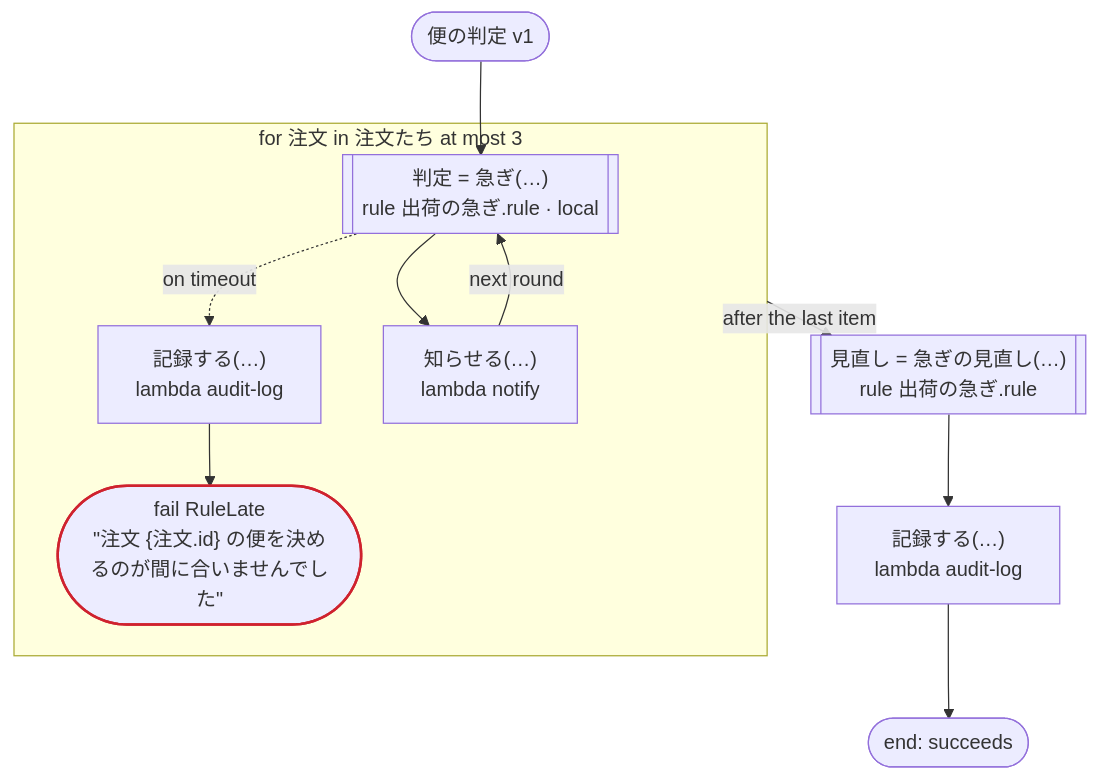
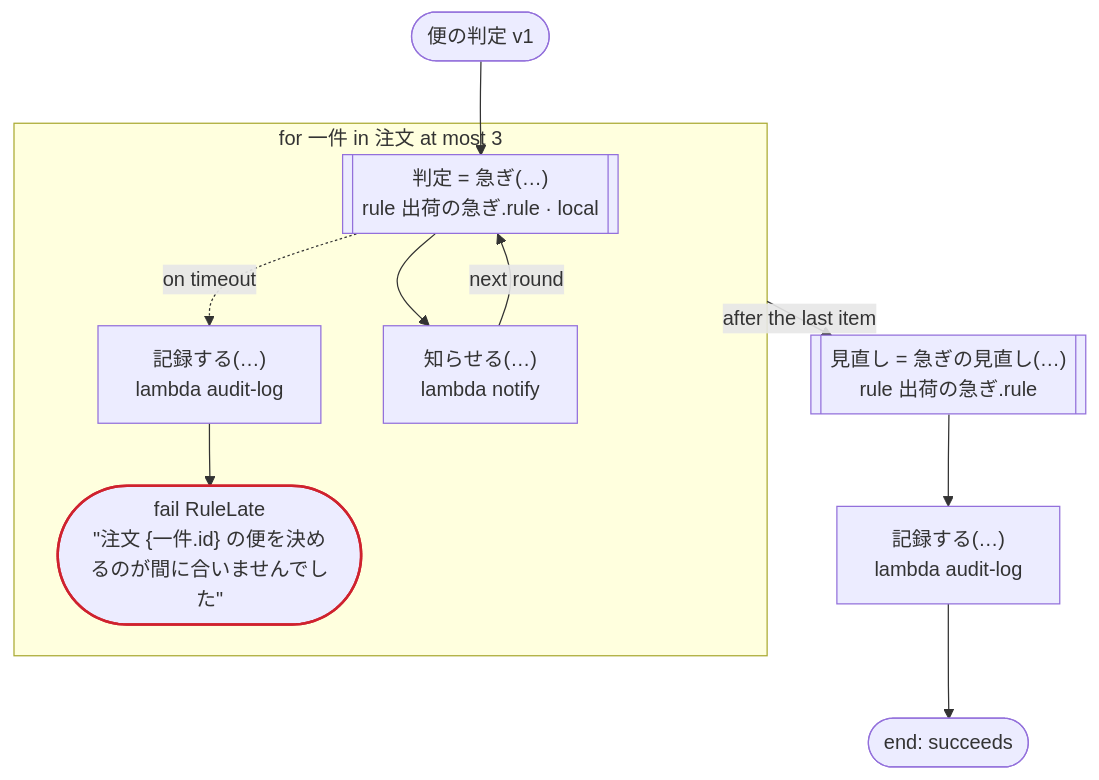
The diagram in crates/dandori/tests/doc/tests-flows-local_rules.en.md (i2y/ritsu), drawn with Mermaid before and after one commit. The commit also changed other lines of this file and 143 other files, not shown here.

````diff
--- a/crates/dandori/tests/doc/tests-flows-local_rules.en.md
+++ b/crates/dandori/tests/doc/tests-flows-local_rules.en.md
@@ -9,24 +9,24 @@
 ```mermaid
 flowchart TD
     start(["便の判定 v1"])
-    subgraph L1 ["for 注文 in 注文たち at most 3"]
+    subgraph L1 ["for 一件 in 注文 at most 3"]
         s2[["判定 = 急ぎ(…)<br>rule 出荷の急ぎ.rule · local"]]
         s3["記録する(…)<br>lambda audit-log"]
-        s4(["fail RuleLate<br>#quot;注文 {注文.id} の便を決めるのが間に合いませんでした#quot;"])
+        s4(["fail RuleLate<br>#quot;注文 {一件.id} の便を決めるのが間に合いませんでした#quot;"])
         s5["知らせる(…)<br>lambda notify"]
     end
     s6[["見直し = 急ぎの見直し(…)<br>rule 出荷の急ぎ.rule"]]
     s7["記録する(…)<br>lambda audit-log"]
     fin(["end: succeeds"])
     start --> s2
     s2 -.->|"on timeout"| s3
     s3 --> s4
     s2 --> s5
     s5 -->|"next round"| s2
     L1 -->|"after the last item"| s6
     s6 --> s7
     s7 --> fin
     classDef ok stroke:#2da44e,stroke-width:2px
     classDef bad stroke:#cf222e,stroke-width:2px
     class s4 bad
 ```
````
